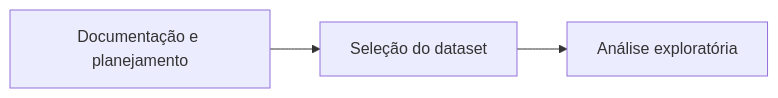
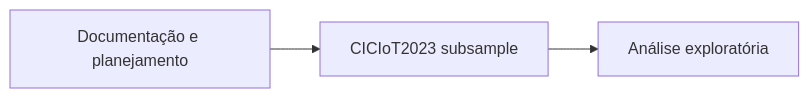
One commit to g-tavares14/netguard-ml changed the first of 2 diagrams in README.md. Above: the diagram before and after it, drawn with Mermaid. The commit also changed other lines of this file and 9 other files, not shown here.

First line of the commit message:
feat: definir CICIoT2023 como dataset oficial e template de PR do grupo

````diff
--- a/README.md
+++ b/README.md
@@ -26,5 +26,5 @@
 ```mermaid
 flowchart LR
-    DOC[Documentação e planejamento] --> SELECT[Seleção do dataset]
-    SELECT --> EDA[Análise exploratória]
+    DOC[Documentação e planejamento] --> DATA[CICIoT2023 subsample]
+    DATA --> EDA[Análise exploratória]
 ```
````
